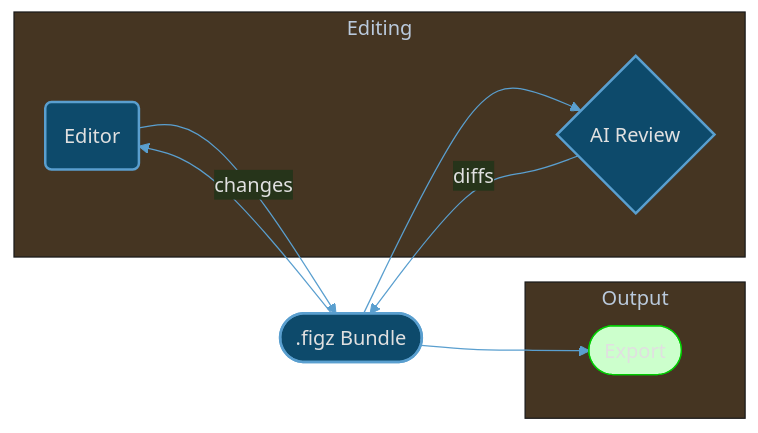
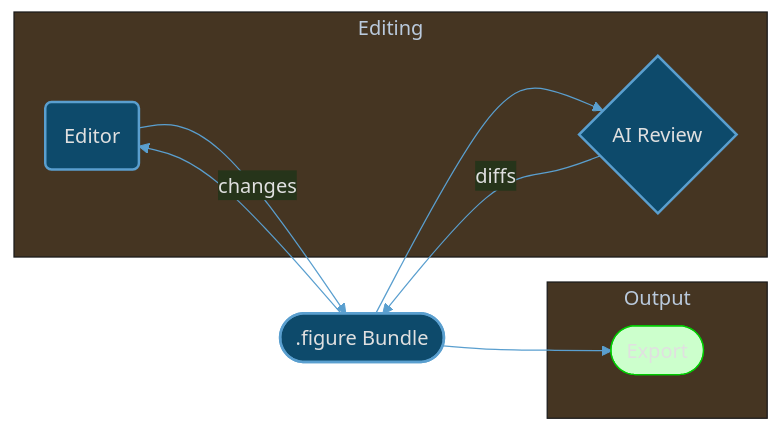
One commit to ywatanabe1989/scitex-python changed the diagram in src/scitex/diagram/.dev/output/workflow_manual_B.mmd. Above: the diagram before and after it, drawn with Mermaid. The commit also changed 93 other files, not shown here.

```diff
--- a/src/scitex/diagram/.dev/output/workflow_manual_B.mmd
+++ b/src/scitex/diagram/.dev/output/workflow_manual_B.mmd
@@ -1,19 +1,19 @@
 %%{init: {"theme": "base", "themeVariables": {"primaryColor": "#1a2634", "primaryTextColor": "#e0e0e0", "primaryBorderColor": "#3a4a5a", "lineColor": "#5a9fcf"}}}%%
 graph LR
     subgraph Editing["Editing"]
         editor("Editor")
         ai{"AI Review"}
     end
     subgraph Output["Output"]
         export(["Export"])
     end
-    figz([".figz Bundle"])
+    figz([".figure Bundle"])
     figz --> editor
     editor -->|"changes"| figz
     figz --> ai
     ai -->|"diffs"| figz
     figz --> export
     style figz fill:#0d4a6b,stroke:#5a9fcf,stroke-width:2px
     style editor fill:#0d4a6b,stroke:#5a9fcf,stroke-width:2px
     style ai fill:#0d4a6b,stroke:#5a9fcf,stroke-width:2px
     style export fill:#ccffcc,stroke:#00cc00
```
